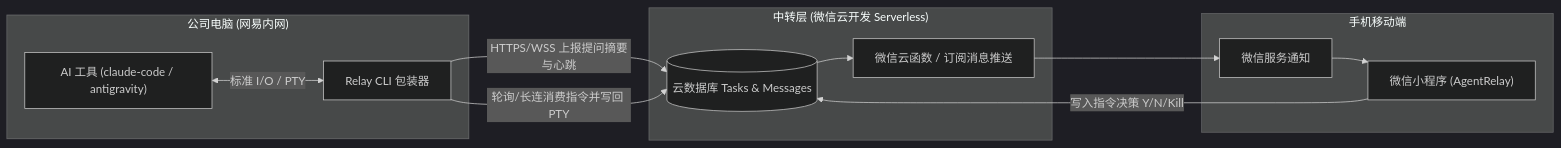
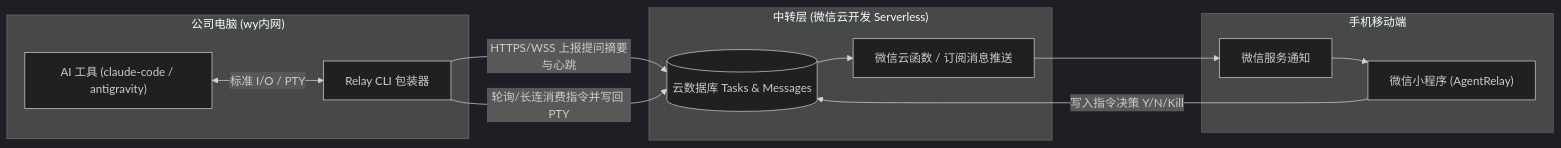
The first of 3 diagrams in projects/AgentRelay/docs/prd/PRD-AgentRelay-远程AI任务伴侣.md (amyzhou6667/wy-work-record), drawn with Mermaid (dark theme) before and after one commit. The commit also changed other lines of this file and 3 other files, not shown here.

````diff
--- a/projects/AgentRelay/docs/prd/PRD-AgentRelay-远程AI任务伴侣.md
+++ b/projects/AgentRelay/docs/prd/PRD-AgentRelay-远程AI任务伴侣.md
@@ -65,24 +65,24 @@
 ```mermaid
 flowchart LR
-    subgraph OfficePC["公司电脑 (网易内网)"]
+    subgraph OfficePC["公司电脑 (wy内网)"]
         Agent["AI 工具 (claude-code / antigravity)"]
         CLI["Relay CLI 包装器"]
         Agent <-->|标准 I/O / PTY| CLI
     end
 
     subgraph CloudBase["中转层 (微信云开发 Serverless)"]
         CloudDB[("云数据库 Tasks & Messages")]
         CloudFn["微信云函数 / 订阅消息推送"]
     end
 
     subgraph Mobile["手机移动端"]
         MP["微信小程序 (AgentRelay)"]
         Notice["微信服务通知"]
     end
 
     CLI -->|HTTPS/WSS 上报提问摘要与心跳| CloudDB
     CloudDB --> CloudFn --> Notice
     Notice --> MP
     MP -->|写入指令决策 Y/N/Kill| CloudDB
     CLI -->|轮询/长连消费指令并写回 PTY| CloudDB
 ```
````
